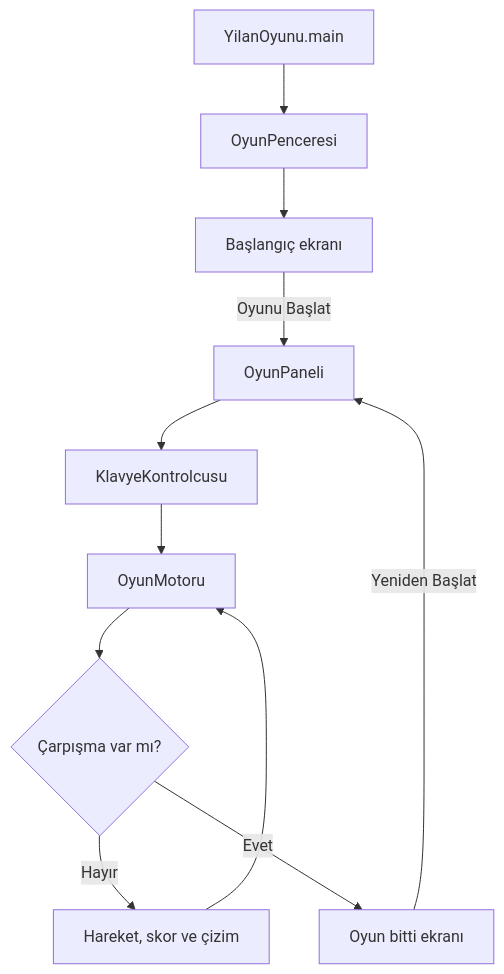
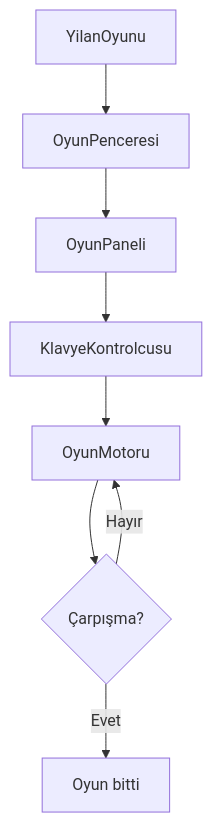
One commit to emirkvrak/SnakeGame changed the diagram in README.md. Above: the diagram before and after it, drawn with Mermaid. The commit also changed other lines of this file, not shown here.

````diff
--- a/README.md
+++ b/README.md
@@ -70,13 +39,10 @@
 ```mermaid
 flowchart TD
-    A[YilanOyunu.main] --> B[OyunPenceresi]
-    B --> C[Başlangıç ekranı]
-    C -->|Oyunu Başlat| D[OyunPaneli]
-    D --> E[KlavyeKontrolcusu]
-    E --> F[OyunMotoru]
-    F --> G{Çarpışma var mı?}
-    G -->|Hayır| H[Hareket, skor ve çizim]
-    H --> F
-    G -->|Evet| I[Oyun bitti ekranı]
-    I -->|Yeniden Başlat| D
+    A[YilanOyunu] --> B[OyunPenceresi]
+    B --> C[OyunPaneli]
+    C --> D[KlavyeKontrolcusu]
+    D --> E[OyunMotoru]
+    E --> F{Çarpışma?}
+    F -->|Hayır| E
+    F -->|Evet| G[Oyun bitti]
 ```
````
